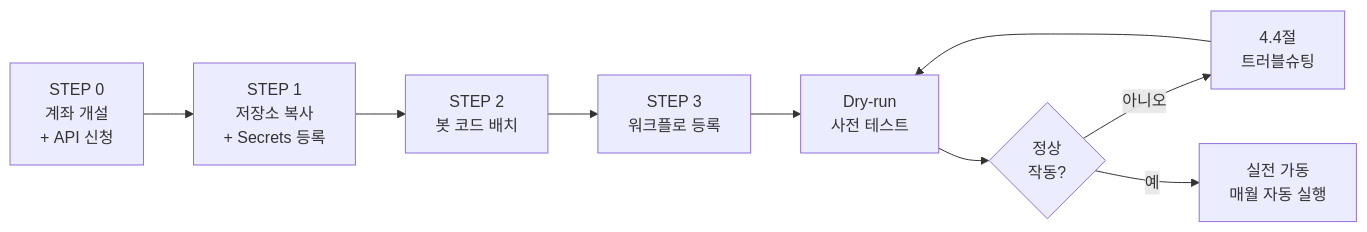
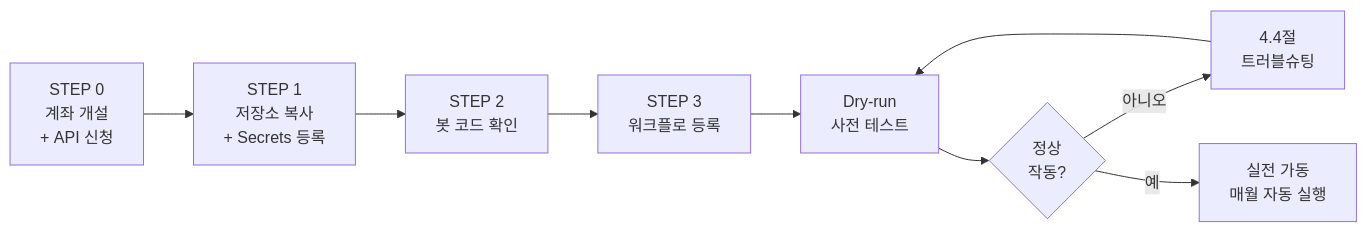
Before and after one commit to hyh54311-dev/jinhae-admission-system: the second of 2 diagrams in retirement_savings_dual_momentum_guide.md, drawn with Mermaid. The commit also changed other lines of this file, not shown here.

````diff
--- a/retirement_savings_dual_momentum_guide.md
+++ b/retirement_savings_dual_momentum_guide.md
@@ -1201,11 +1207,11 @@
 ```mermaid
 flowchart LR
   A["STEP 0<br/>계좌 개설<br/>+ API 신청"] --> B["STEP 1<br/>저장소 복사<br/>+ Secrets 등록"]
-  B --> C["STEP 2<br/>봇 코드 배치"]
+  B --> C["STEP 2<br/>봇 코드 확인"]
   C --> D["STEP 3<br/>워크플로 등록"]
   D --> E["Dry-run<br/>사전 테스트"]
   E --> F{"정상<br/>작동?"}
   F -->|아니오| G["4.4절<br/>트러블슈팅"]
   G --> E
   F -->|예| H["실전 가동<br/>매월 자동 실행"]
 ```
````
